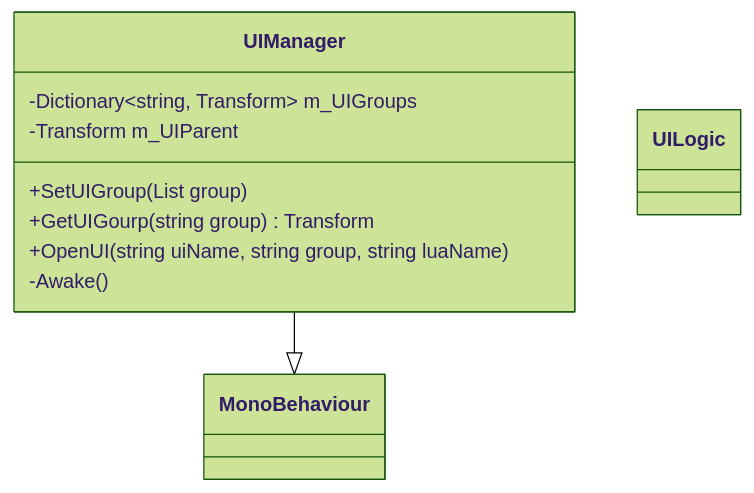
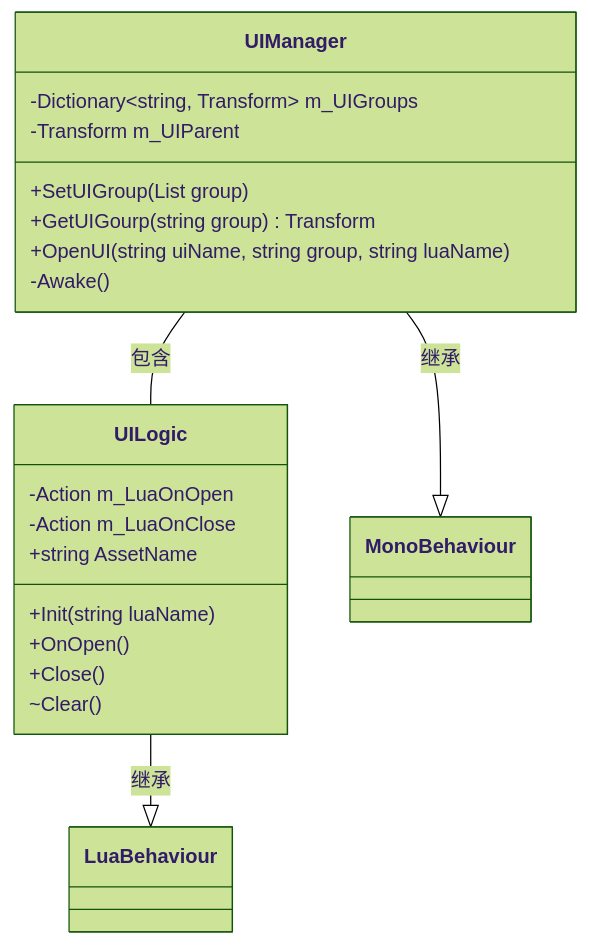
Before and after one commit to AlanWeekend/alanweekend.github.io: the ninth of 16 diagrams in source/_posts/a-xlua-framework.md, drawn with Mermaid (forest theme). The commit also changed other lines of this file and 1 other file, not shown here.

```diff
--- a/source/_posts/a-xlua-framework.md
+++ b/source/_posts/a-xlua-framework.md
@@ -864,15 +867,23 @@
 {% mermaid %}
     classDiagram
         class UIManager{
             -Dictionary~string, Transform~ m_UIGroups
             -Transform m_UIParent
             +SetUIGroup(List<string> group)
             +GetUIGourp(string group) Transform
             +OpenUI(string uiName, string group, string luaName)
             -Awake()
         }
         class UILogic{
-
+            -Action m_LuaOnOpen
+            -Action m_LuaOnClose
+            +string AssetName
+            +Init(string luaName)
+            +OnOpen()
+            +Close()
+            ~Clear()
         }
-        UIManager --|> MonoBehaviour
+        UIManager --|> MonoBehaviour : 继承
+        UILogic --|> LuaBehaviour : 继承
+        UIManager -- UILogic : 包含
 {% endmermaid %}
```
